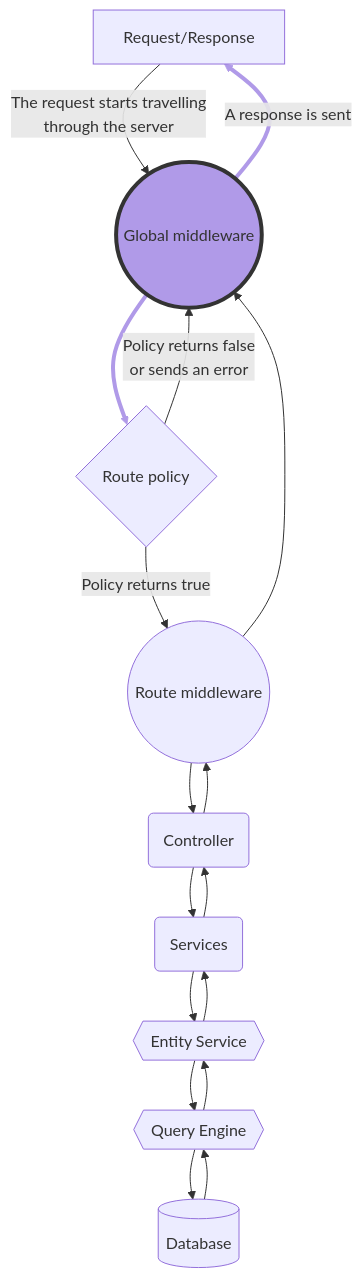
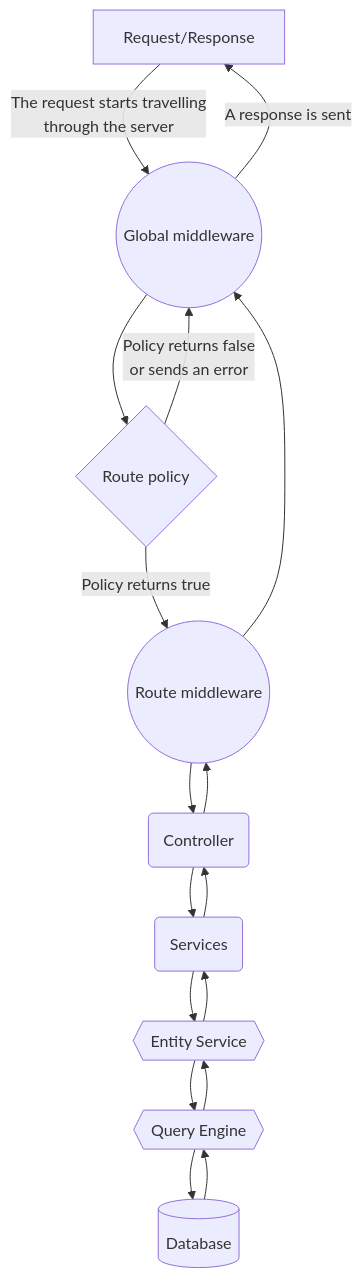
Before and after one commit to strapi/documentation: the diagram in docusaurus/docs/dev-docs/backend-customization.md, drawn with Mermaid.

Commit message:
Remove diagram example styles

````diff
--- a/docusaurus/docs/dev-docs/backend-customization.md
+++ b/docusaurus/docs/dev-docs/backend-customization.md
@@ -35,30 +35,27 @@
 ```mermaid
 flowchart TD
     requestResponse[Request/Response] -- The request starts travelling<br/>through the server --> globalMiddleware((Global middleware))
     globalMiddleware -- A response is sent --> requestResponse
     globalMiddleware --> routePolicy{Route policy}
     routePolicy -- Policy returns true --> routeMiddleware((Route middleware)) 
     routePolicy -- Policy returns false <br/>or sends an error --> globalMiddleware
     routeMiddleware --> controller(Controller)
     routeMiddleware --> globalMiddleware
     controller --> routeMiddleware
     controller --> services(Services)
     services --> controller
     services --> entityService{{Entity Service}}
     entityService --> queryEngine{{Query Engine}}
     entityService --> services
     queryEngine --> database[(Database)]
     queryEngine --> entityService
     database --> queryEngine
     click requestResponse "/dev-docs/backend-customization/requests" "Click to read the requests & responses documentation"
     click globalMiddleware "/dev-docs/backend-customization/middlewares"
     click routePolicy "/dev-docs/backend-customization/policies"
     click routeMiddleware "/dev-docs/backend-customization/routes"
     click controller "/dev-docs/backend-customization/controller"
     click services "/dev-docs/backend-customization/services"
     click entityService "/dev-docs/api/entity-service"
     click queryEngine "/dev-docs/api/query-engine/"
-    style globalMiddleware fill:#B09AE8,stroke:#333,stroke-width:4px
-    linkStyle 2 stroke:#B09AE8,stroke-width:4px
-    linkStyle 1 stroke:#B09AE8,stroke-width:4px
 ```
````
